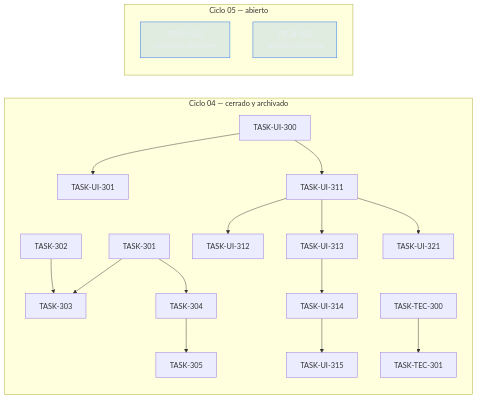
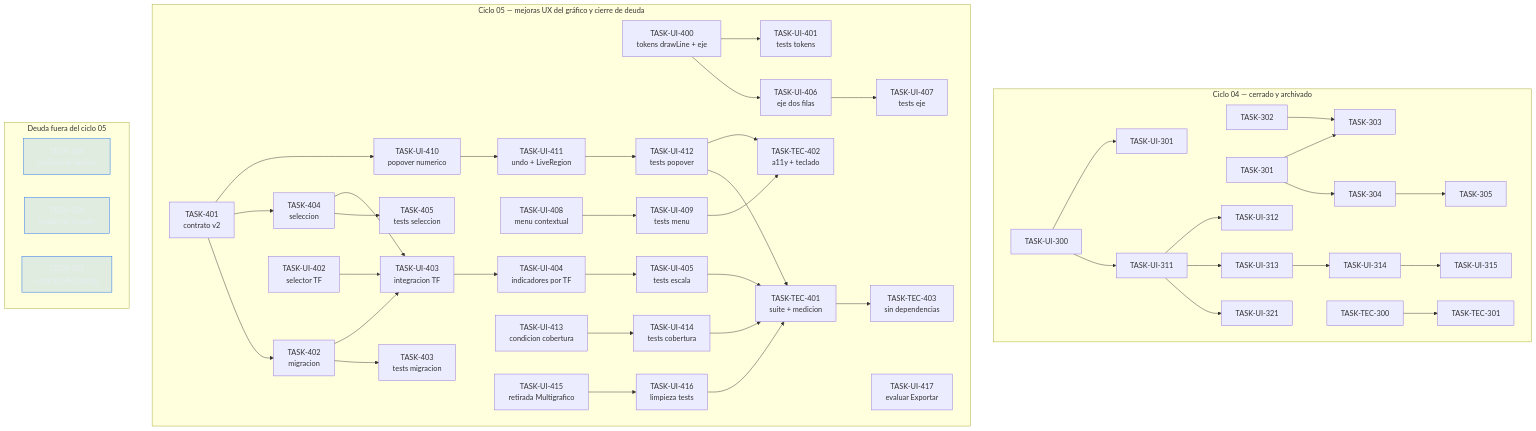
One commit to villarrealfx/fx_trad changed the diagram in _docs/backlog-graph.mmd. Above: the diagram before and after it, drawn with Mermaid. The commit also changed 22 other files, not shown here.

```diff
--- a/_docs/backlog-graph.mmd
+++ b/_docs/backlog-graph.mmd
@@ -1,22 +1,52 @@
-graph LR
-  subgraph cerrado["Ciclo 04 — cerrado y archivado"]
+graph TD
+  subgraph c04["Ciclo 04 — cerrado y archivado"]
+    direction LR
     T301[TASK-301] --> T303[TASK-303]
     T302[TASK-302] --> T303
-    T301 --> T304[TASK-304]
-    T304 --> T305[TASK-305]
+    T301 --> T304[TASK-304] --> T305[TASK-305]
     UI300[TASK-UI-300] --> UI301[TASK-UI-301]
-    UI300 --> UI311[TASK-UI-311]
-    UI311 --> UI312[TASK-UI-312]
-    UI311 --> UI313[TASK-UI-313]
-    UI313 --> UI314[TASK-UI-314]
-    UI314 --> UI315[TASK-UI-315]
+    UI300 --> UI311[TASK-UI-311] --> UI312[TASK-UI-312]
+    UI311 --> UI313[TASK-UI-313] --> UI314[TASK-UI-314] --> UI315[TASK-UI-315]
     UI311 --> UI321[TASK-UI-321]
     TEC300[TASK-TEC-300] --> TEC301[TASK-TEC-301]
   end
 
-  subgraph c05["Ciclo 05 — abierto"]
-    T302d[TECH-302<br/>contraste drawLine]:::debt
-    T303d[TECH-303<br/>entrada numérica]:::debt
+  subgraph c05["Ciclo 05 — mejoras UX del gráfico y cierre de deuda"]
+    direction LR
+    UI400[TASK-UI-400<br/>tokens drawLine + eje] --> UI406[TASK-UI-406<br/>eje dos filas]
+    UI400 --> UI401[TASK-UI-401<br/>tests tokens]
+    UI406 --> UI407[TASK-UI-407<br/>tests eje]
+
+    T401[TASK-401<br/>contrato v2] --> T402[TASK-402<br/>migracion]
+    T401 --> T404[TASK-404<br/>seleccion]
+    T401 --> UI410[TASK-UI-410<br/>popover numerico]
+    T402 --> T403[TASK-403<br/>tests migracion]
+    T402 --> UI403[TASK-UI-403<br/>integracion TF]
+    T404 --> T405[TASK-405<br/>tests seleccion]
+    T404 --> UI403
+    UI402[TASK-UI-402<br/>selector TF] --> UI403
+    UI403 --> UI404[TASK-UI-404<br/>indicadores por TF] --> UI405[TASK-UI-405<br/>tests escala]
+
+    UI408[TASK-UI-408<br/>menu contextual] --> UI409[TASK-UI-409<br/>tests menu]
+    UI410 --> UI411[TASK-UI-411<br/>undo + LiveRegion] --> UI412[TASK-UI-412<br/>tests popover]
+
+    UI413[TASK-UI-413<br/>condicion cobertura] --> UI414[TASK-UI-414<br/>tests cobertura]
+    UI415[TASK-UI-415<br/>retirada Multigrafico] --> UI416[TASK-UI-416<br/>limpieza tests]
+    UI417[TASK-UI-417<br/>evaluar Exportar]
+
+    UI405 --> TEC401[TASK-TEC-401<br/>suite + medicion]
+    UI412 --> TEC401
+    UI414 --> TEC401
+    UI416 --> TEC401
+    TEC401 --> TEC403[TASK-TEC-403<br/>sin dependencias]
+    UI409 --> TEC402[TASK-TEC-402<br/>a11y + teclado]
+    UI412 --> TEC402
+  end
+
+  subgraph debt["Deuda fuera del ciclo 05"]
+    TECH305[TECH-305<br/>motivos de waiver]:::debt
+    TECH306[TECH-306<br/>límites de tamaño]:::debt
+    TECH307[TECH-307<br/>contrato de logging]:::debt
   end
 
   classDef debt fill:#1f6feb22,stroke:#1f6feb,color:#e6edf3
```
